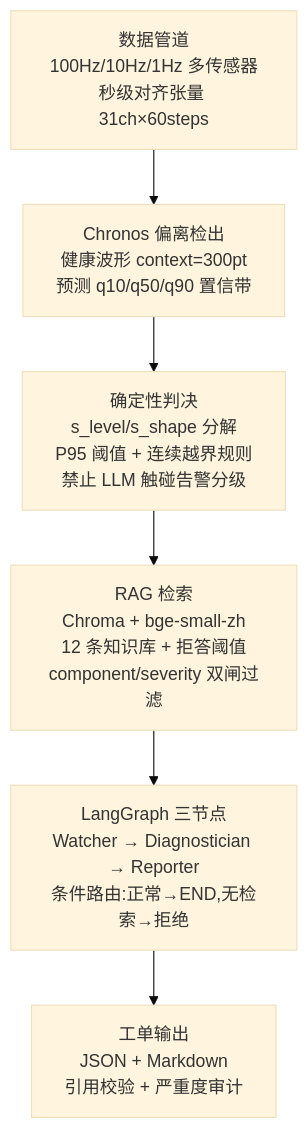
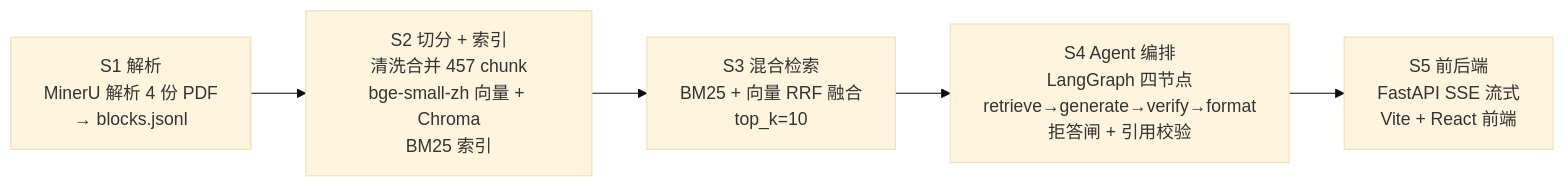
The diagram in README.md (Liukrin/machine-AI), drawn with Mermaid (base theme) before and after one commit. The commit also changed other lines of this file and 44 other files, not shown here.

Commit message:
feat: 机械设备运维知识问答 RAG + Agent（S1–S5）

````diff
--- a/README.md
+++ b/README.md
@@ -11,8 +9,7 @@
 ```mermaid
-graph TD
-    A[数据管道<br/>100Hz/10Hz/1Hz 多传感器<br/>秒级对齐张量 31ch×60steps] --> B[Chronos 偏离检出<br/>健康波形 context=300pt<br/>预测 q10/q50/q90 置信带]
-    B --> C[确定性判决<br/>s_level/s_shape 分解<br/>P95 阈值 + 连续越界规则<br/>禁止 LLM 触碰告警分级]
-    C --> D[RAG 检索<br/>Chroma + bge-small-zh<br/>12 条知识库 + 拒答阈值<br/>component/severity 双闸过滤]
-    D --> E[LangGraph 三节点<br/>Watcher → Diagnostician → Reporter<br/>条件路由:正常→END,无检索→拒绝]
-    E --> F[工单输出<br/>JSON + Markdown<br/>引用校验 + 严重度审计]
+flowchart LR
+    A["S1 解析<br/>MinerU 解析 4 份 PDF<br/>→ blocks.jsonl"] --> B["S2 切分 + 索引<br/>清洗合并 457 chunk<br/>bge-small-zh 向量 + Chroma<br/>BM25 索引"]
+    B --> C["S3 混合检索<br/>BM25 + 向量 RRF 融合<br/>top_k=10"]
+    C --> D["S4 Agent 编排<br/>LangGraph 四节点<br/>retrieve→generate→verify→format<br/>拒答闸 + 引用校验"]
+    D --> E["S5 前后端<br/>FastAPI SSE 流式<br/>Vite + React 前端"]
 ```
````
